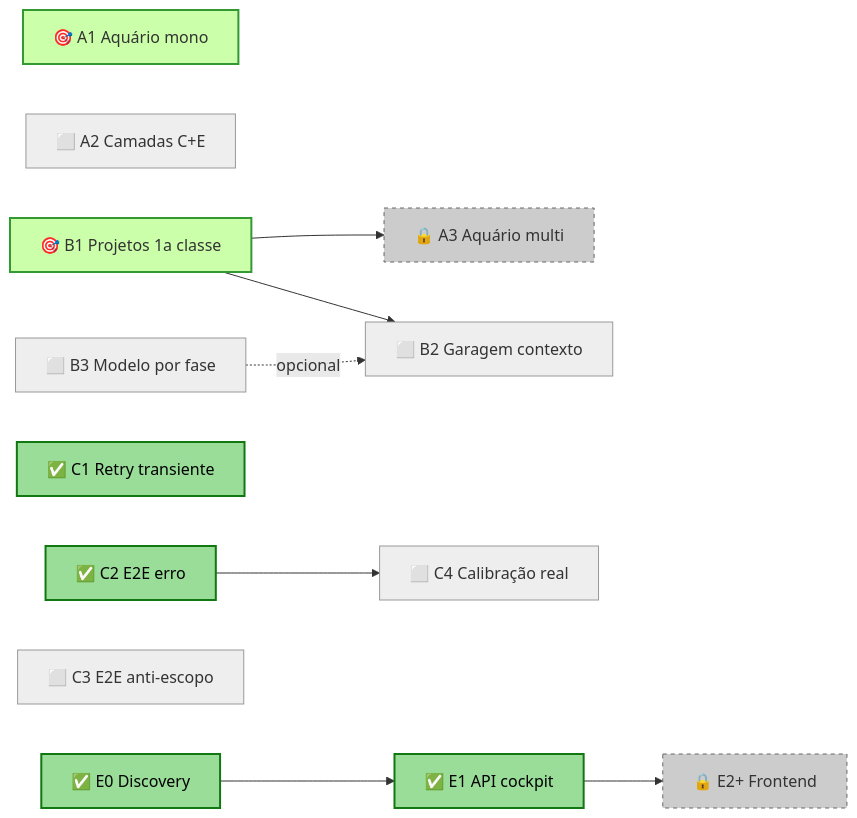
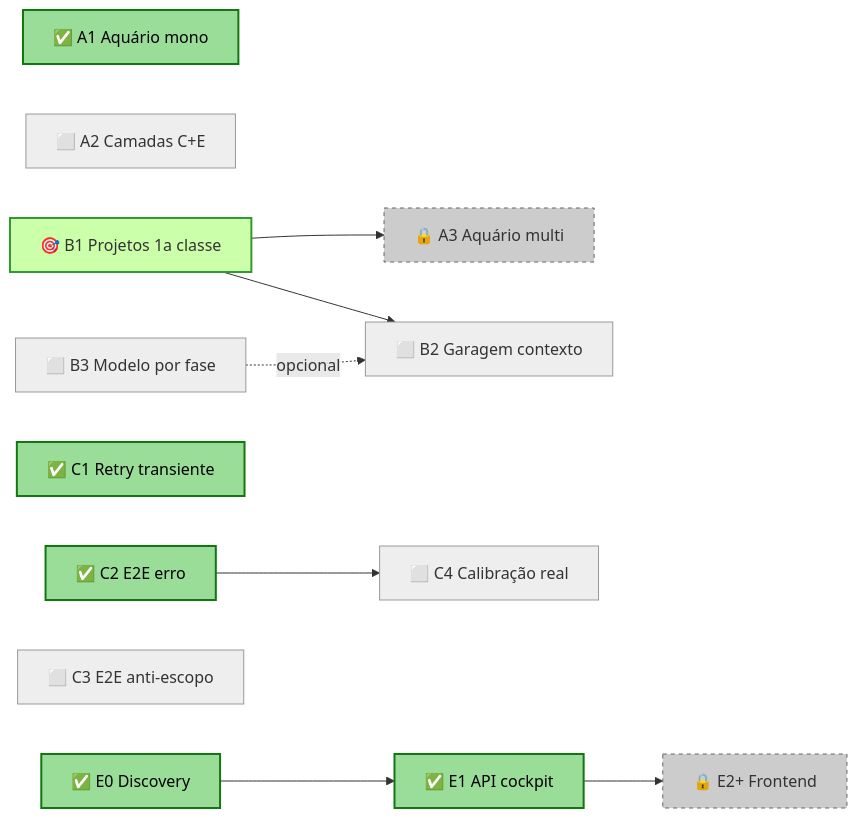
Before and after one commit to x-force-42/mmb-core: the fourth of 4 diagrams in docs/arvore.md, drawn with Mermaid. The commit also changed other lines of this file and 2 other files, not shown here.

````diff
--- a/docs/arvore.md
+++ b/docs/arvore.md
@@ -202,34 +210,34 @@
 ```mermaid
 flowchart LR
   classDef ready  fill:#cfa,stroke:#393,stroke-width:2px
   classDef done   fill:#9d9,stroke:#171,stroke-width:2px,color:#000
   classDef wip    fill:#ffe680,stroke:#cc9900,stroke-width:2px,color:#000
   classDef todo   fill:#eee,stroke:#999
   classDef locked fill:#ccc,stroke:#666,stroke-dasharray:4
 
-  A1[🎯 A1 Aquário mono]:::ready
+  A1[✅ A1 Aquário mono]:::done
   A2[⬜ A2 Camadas C+E]:::todo
   A3[🔒 A3 Aquário multi]:::locked
 
   B1[🎯 B1 Projetos 1a classe]:::ready
   B2[⬜ B2 Garagem contexto]:::todo
   B3[⬜ B3 Modelo por fase]:::todo
 
   C1[✅ C1 Retry transiente]:::done
   C2[✅ C2 E2E erro]:::done
   C3[⬜ C3 E2E anti-escopo]:::todo
   C4[⬜ C4 Calibração real]:::todo
 
   E0[✅ E0 Discovery]:::done
   E1[✅ E1 API cockpit]:::done
   E2[🔒 E2+ Frontend]:::locked
 
   E0 --> E1
   E1 --> E2
 
   B1 --> A3
   B1 --> B2
   C2 --> C4
 
   B3 -.opcional.-> B2
 ```
````
